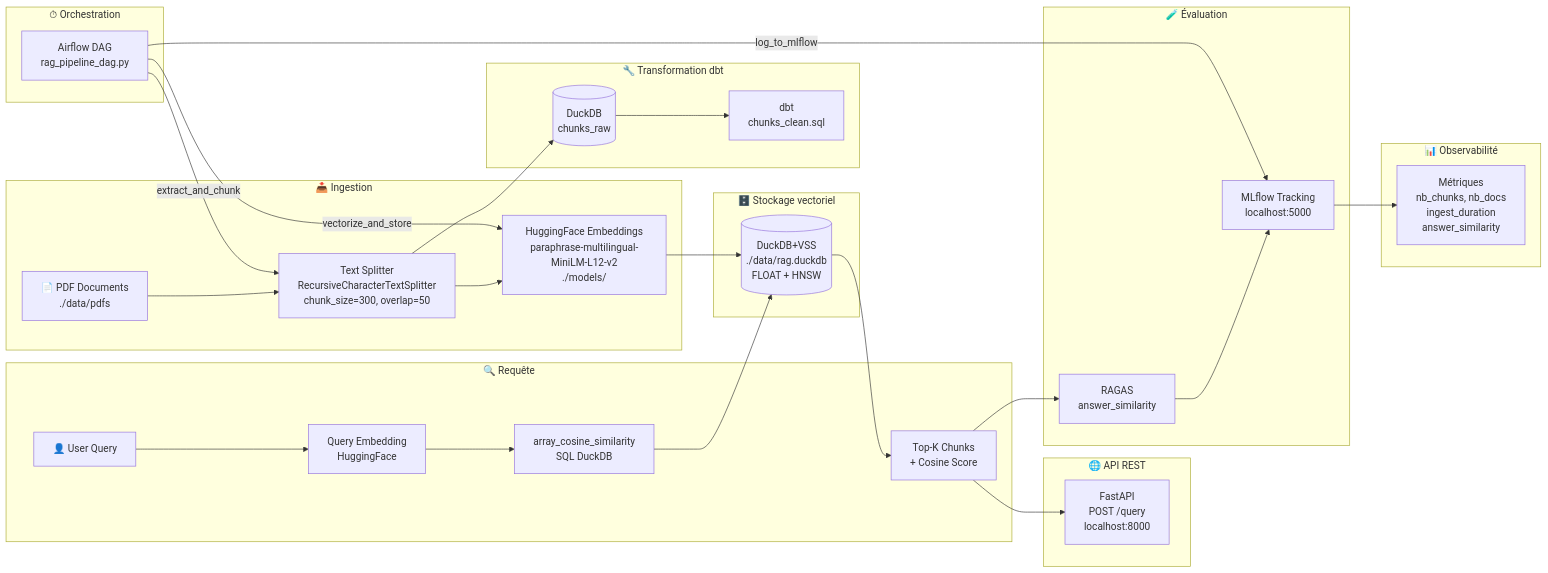
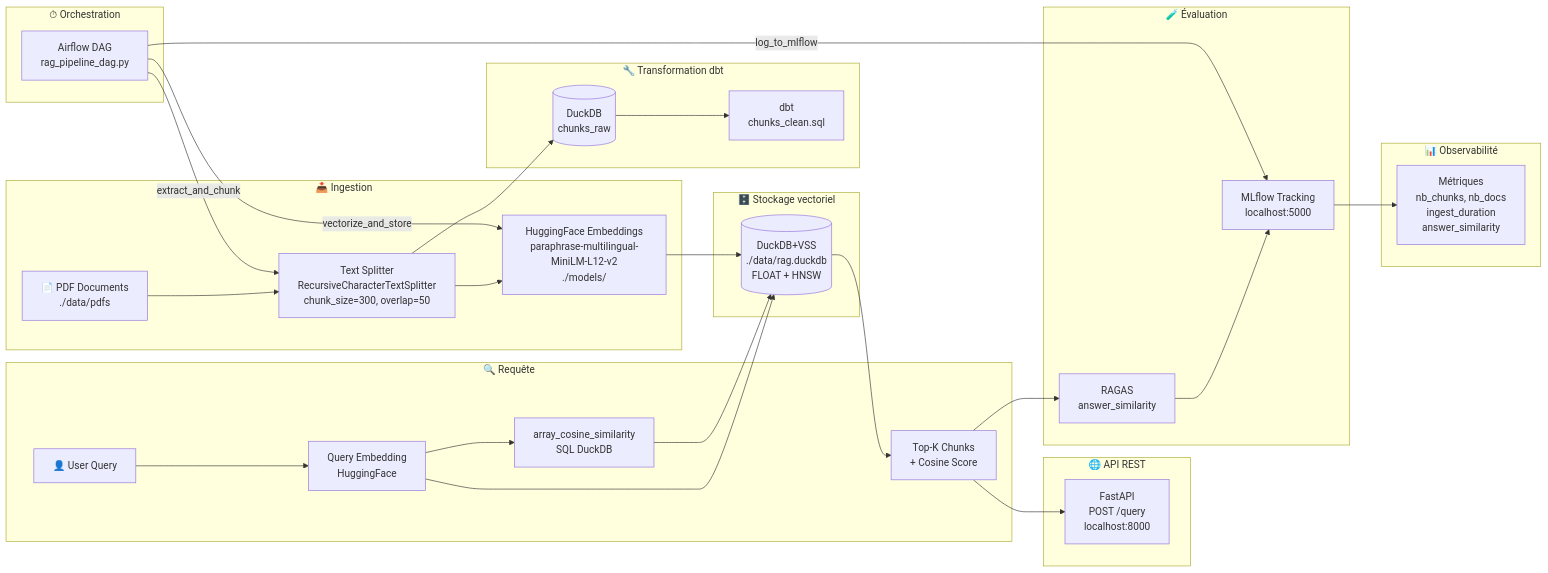
One commit to gautbl/rag-pipeline changed the diagram in README.md. Above: the diagram before and after it, drawn with Mermaid. The commit also changed other lines of this file, not shown here.

````diff
--- a/README.md
+++ b/README.md
@@ -23,43 +23,44 @@
 ```mermaid
 graph LR
 
     subgraph Ingestion["📥 Ingestion"]
         A[📄 PDF Documents\n./data/pdfs] --> B[Text Splitter\nRecursiveCharacterTextSplitter\nchunk_size=300, overlap=50]
         B --> C[HuggingFace Embeddings\nparaphrase-multilingual-MiniLM-L12-v2\n./models/]
     end
 
     subgraph Stockage["🗄️ Stockage vectoriel"]
         C --> D[(DuckDB+VSS\n./data/rag.duckdb\nFLOAT + HNSW)]
     end
 
     subgraph Transformation["🔧 Transformation dbt"]
         B --> E[(DuckDB\nchunks_raw)]
         E --> F[dbt\nchunks_clean.sql]
     end
 
     subgraph Query["🔍 Requête"]
         G[👤 User Query] --> H[Query Embedding\nHuggingFace]
         H --> I[array_cosine_similarity\nSQL DuckDB]
+        H --> D
         I --> D
         D --> J[Top-K Chunks\n+ Cosine Score]
     end
 
     subgraph API["🌐 API REST"]
         J --> API1[FastAPI\nPOST /query\nlocalhost:8000]
     end
 
     subgraph Evaluation["🧪 Évaluation"]
         J --> R[RAGAS\nanswer_similarity]
         R --> K[MLflow Tracking\nlocalhost:5000]
     end
 
     subgraph Observabilite["📊 Observabilité"]
         K --> L[Métriques\nnb_chunks, nb_docs\ningest_duration\nanswer_similarity]
     end
 
     subgraph Orchestration["⏱ Orchestration"]
         M[Airflow DAG\nrag_pipeline_dag.py] -->|extract_and_chunk| B
         M -->|vectorize_and_store| C
         M -->|log_to_mlflow| K
     end
 ```
````
